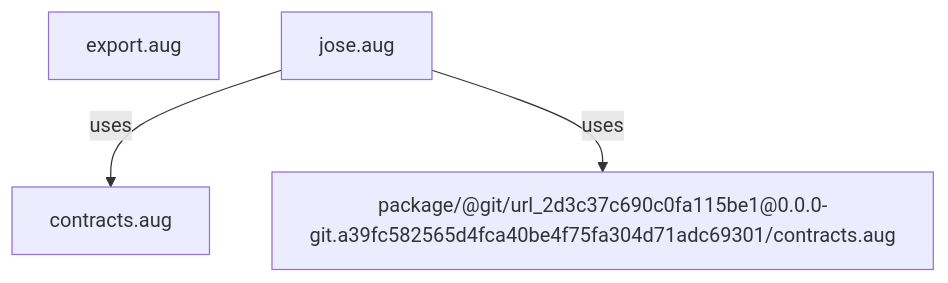
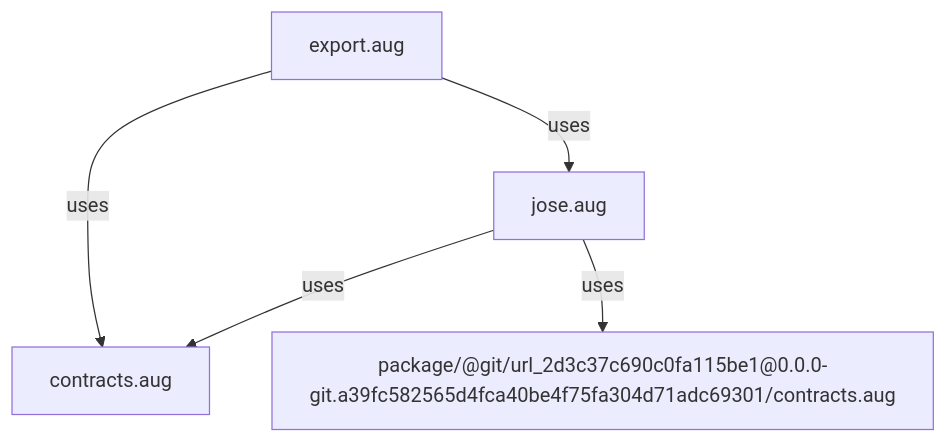
The second of 2 diagrams in src/stdlib/crypto/.aug-spec/diagrams/index.md (GreenPandaStudios/augscript), drawn with Mermaid before and after one commit. The commit also changed 289 other files, not shown here.

Commit message:
Correct diagram control flow and complete generated wiki navigation

````diff
--- a/src/stdlib/crypto/.aug-spec/diagrams/index.md
+++ b/src/stdlib/crypto/.aug-spec/diagrams/index.md
@@ -20,9 +20,11 @@
 ```mermaid
 flowchart TD
     n0["contracts.aug"]
     n1["export.aug"]
     n2["jose.aug"]
     n3["package/@git/url_2d3c37c690c0fa115be1@0.0.0-git.a39fc582565d4fca40be4f75fa304d71adc69301/contracts.aug"]
+    n1 -->|"uses"| n0
+    n1 -->|"uses"| n2
     n2 -->|"uses"| n0
     n2 -->|"uses"| n3
 ```
````
